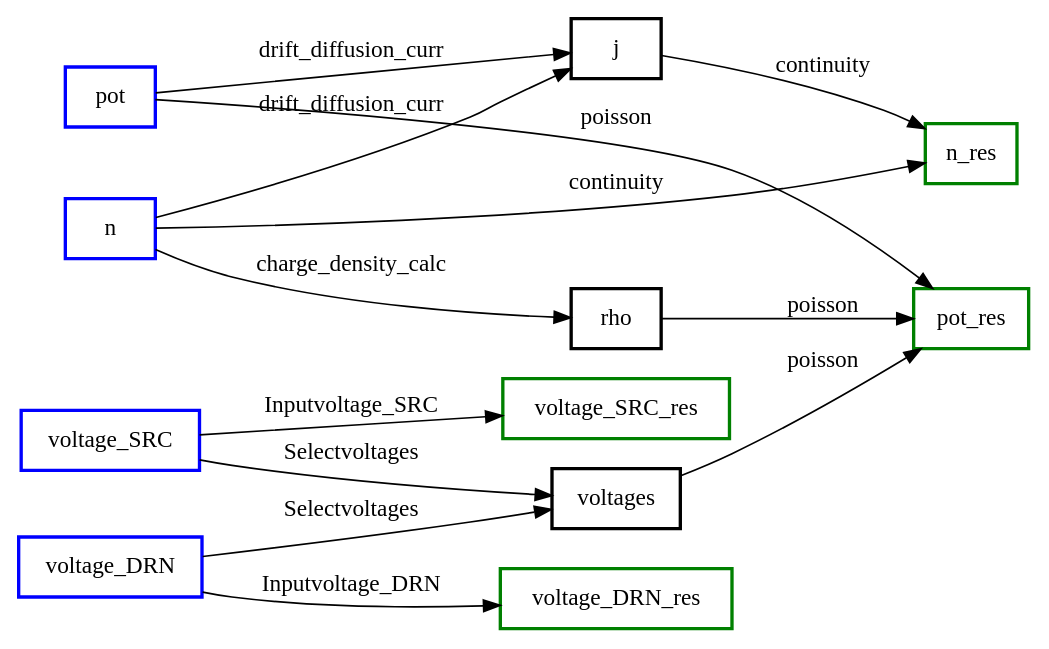
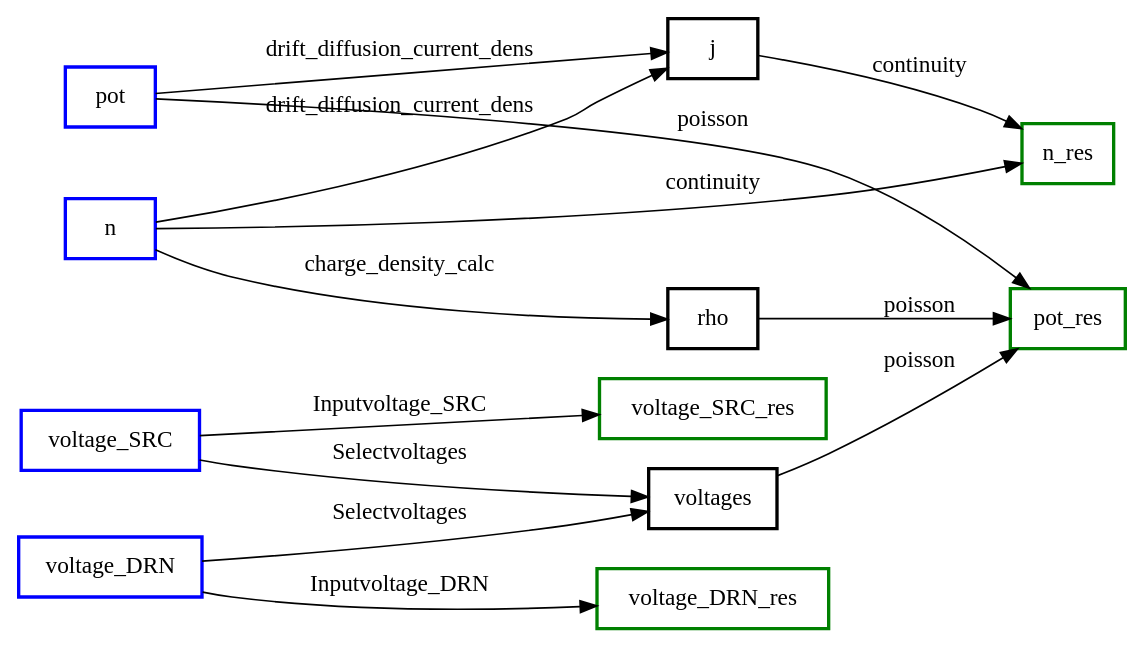
One commit to po1arbear21/cybear changed the diagram in full.gv. Above: the diagram before and after it, drawn with Graphviz. The commit also changed 15 other files, not shown here.

```diff
--- a/full.gv
+++ b/full.gv
@@ -1,38 +1,38 @@
 digraph mygraph {
   rankdir = "LR"
   node [shape=box]
   1 [color=blue label="pot
 " penwidth=2.0]
   2 [color=green label="pot_res
 " penwidth=2.0]
   3 [color=black label="rho
 " penwidth=2.0]
   4 [color=black label="voltages
 " penwidth=2.0]
   5 [color=blue label="n
 " penwidth=2.0]
   6 [color=green label="n_res
 " penwidth=2.0]
   7 [color=black label="j
 " penwidth=2.0]
   8 [color=blue label="voltage_SRC
 " penwidth=2.0]
   9 [color=green label="voltage_SRC_res
 " penwidth=2.0]
   10 [color=blue label="voltage_DRN
 " penwidth=2.0]
   11 [color=green label="voltage_DRN_res
 " penwidth=2.0]
   1 -> 2 [label="poisson"]
   3 -> 2 [label="poisson"]
   4 -> 2 [label="poisson"]
   5 -> 3 [label="charge_density_calc"]
   8 -> 4 [label="Selectvoltages"]
   10 -> 4 [label="Selectvoltages"]
   7 -> 6 [label="continuity"]
   5 -> 6 [label="continuity"]
-  5 -> 7 [label="drift_diffusion_curr"]
-  1 -> 7 [label="drift_diffusion_curr"]
+  5 -> 7 [label="drift_diffusion_current_dens"]
+  1 -> 7 [label="drift_diffusion_current_dens"]
   8 -> 9 [label="Inputvoltage_SRC"]
   10 -> 11 [label="Inputvoltage_DRN"]
 }
```
